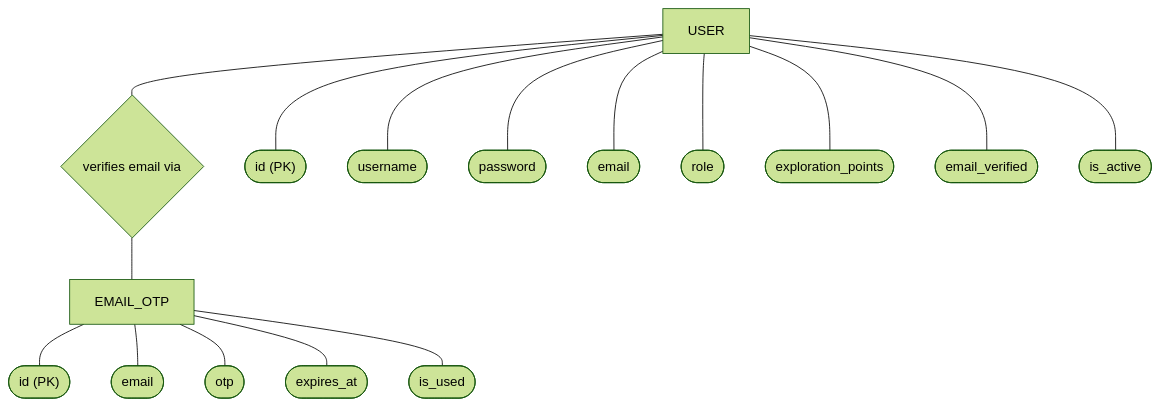
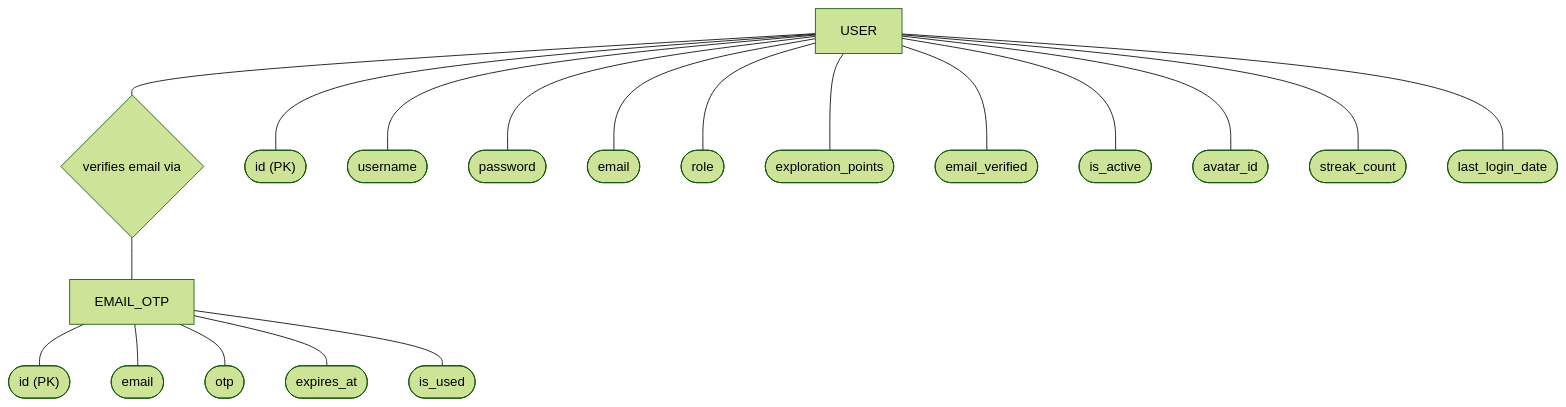
One commit to Cipher-Syntax/ARQuest changed the first of 5 diagrams in erd-model.md. Above: the diagram before and after it, drawn with Mermaid (forest theme). The commit also changed 7 other files, not shown here.

Commit message:
docs: update system architecture, ERD, user flows, and context diagrams with recent gamification and avatar features

````diff
--- a/erd-model.md
+++ b/erd-model.md
@@ -16,45 +16,51 @@
 ```mermaid
 flowchart TD
     %% Entities (Rectangles)
     USER["USER"]
     EMAIL_OTP["EMAIL_OTP"]
 
     %% Relationships (Diamonds)
     verifies{"verifies email via"}
 
     %% Attributes for USER (Ovals)
     u_id(["id (PK)"])
     u_user(["username"])
     u_pass(["password"])
     u_email(["email"])
     u_role(["role"])
     u_pts(["exploration_points"])
     u_ver(["email_verified"])
     u_act(["is_active"])
+    u_av(["avatar_id"])
+    u_strk(["streak_count"])
+    u_ld(["last_login_date"])
     
     USER --- u_id
     USER --- u_user
     USER --- u_pass
     USER --- u_email
     USER --- u_role
     USER --- u_pts
     USER --- u_ver
     USER --- u_act
+    USER --- u_av
+    USER --- u_strk
+    USER --- u_ld
 
     %% Attributes for EMAIL_OTP (Ovals)
     o_id(["id (PK)"])
     o_email(["email"])
     o_otp(["otp"])
     o_exp(["expires_at"])
     o_used(["is_used"])
     
     EMAIL_OTP --- o_id
     EMAIL_OTP --- o_email
     EMAIL_OTP --- o_otp
     EMAIL_OTP --- o_exp
     EMAIL_OTP --- o_used
 
     %% Connections
     USER --- verifies
     verifies --- EMAIL_OTP
 ```
````
